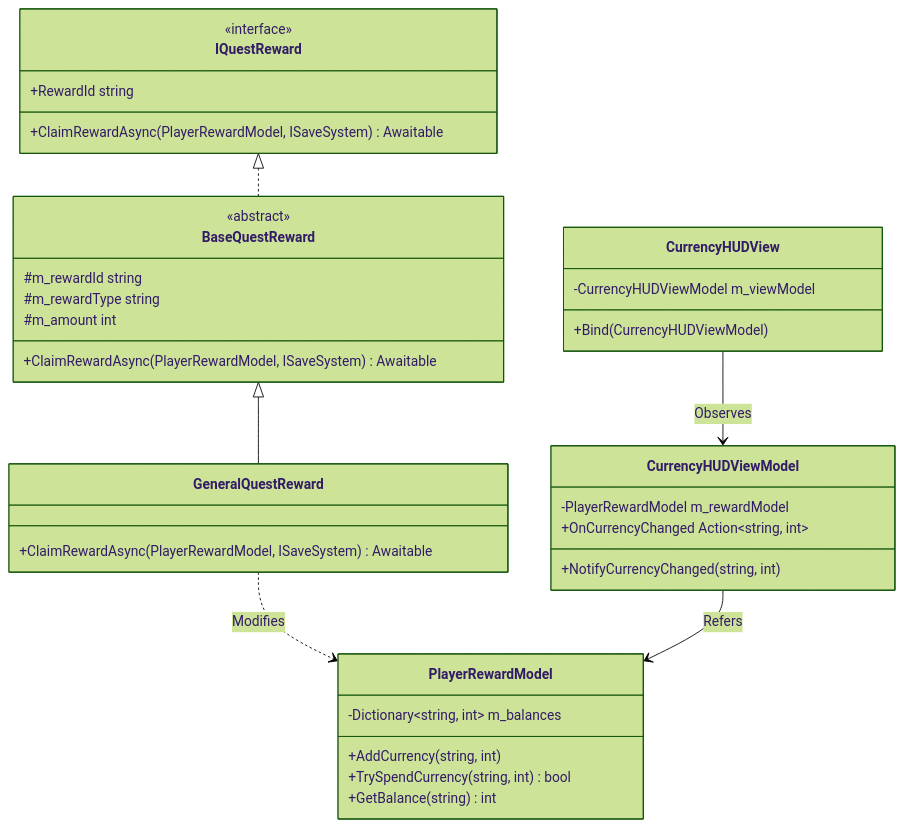
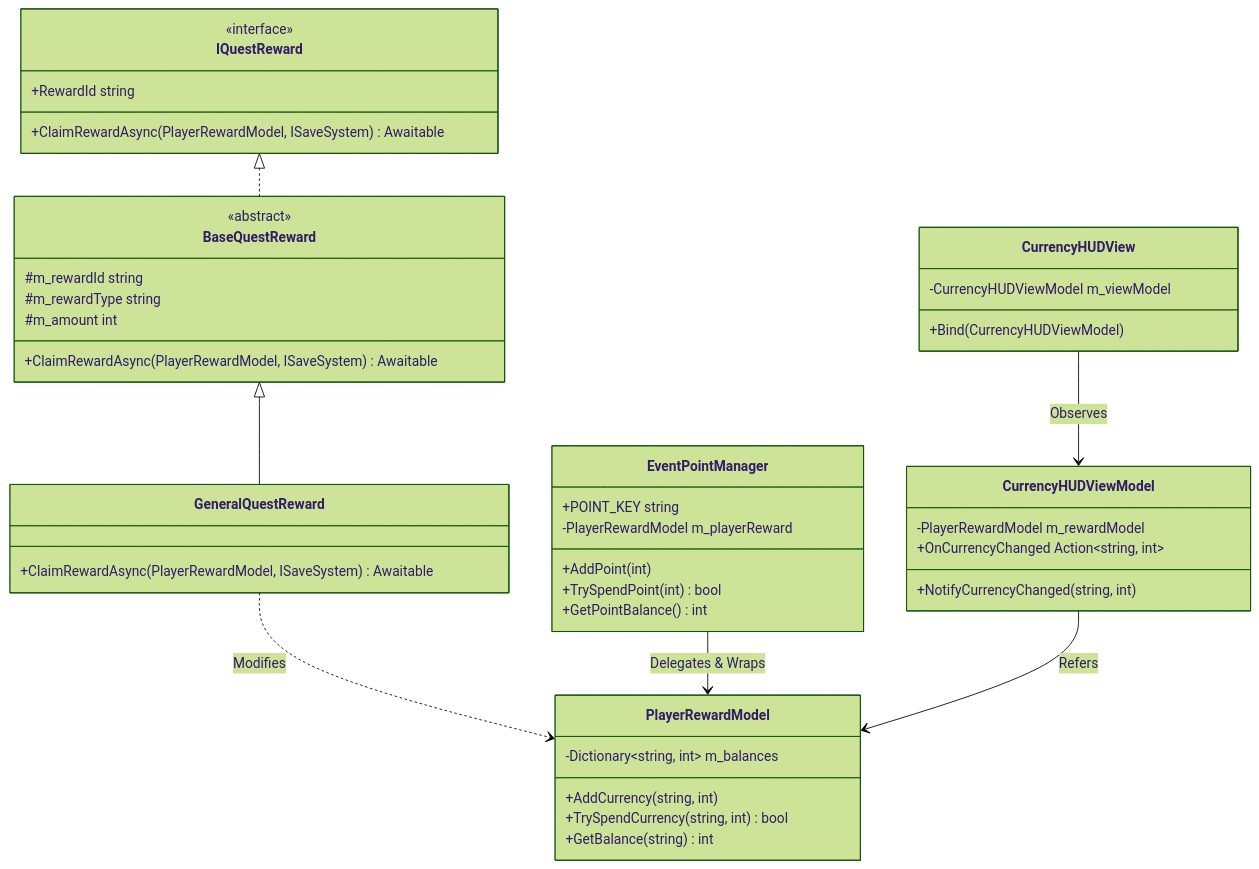
One commit to frod2793/BePex_Unity_Client changed the first of 3 diagrams in .agent/docs/functional_designs/point_system.md. Above: the diagram before and after it, drawn with Mermaid (forest theme). The commit also changed other lines of this file and 4 other files, not shown here.

Commit message:
docs: VContainer 보류 명시, Firebase 시뮬레이션 문서 교정 및 EventPointManager 도입

````diff
--- a/.agent/docs/functional_designs/point_system.md
+++ b/.agent/docs/functional_designs/point_system.md
@@ -17,44 +17,53 @@
 ```mermaid
 classDiagram
     class IQuestReward {
         <<interface>>
         +RewardId string
         +ClaimRewardAsync(PlayerRewardModel, ISaveSystem) Awaitable
     }
 
     class BaseQuestReward {
         <<abstract>>
         #m_rewardId string
         #m_rewardType string
         #m_amount int
         +ClaimRewardAsync(PlayerRewardModel, ISaveSystem) Awaitable
     }
 
     class GeneralQuestReward {
         +ClaimRewardAsync(PlayerRewardModel, ISaveSystem) Awaitable
     }
 
     class PlayerRewardModel {
         -Dictionary~string, int~ m_balances
         +AddCurrency(string, int)
         +TrySpendCurrency(string, int) bool
         +GetBalance(string) int
     }
 
+    class EventPointManager {
+        +POINT_KEY string
+        -PlayerRewardModel m_playerReward
+        +AddPoint(int)
+        +TrySpendPoint(int) bool
+        +GetPointBalance() int
+    }
+
     class CurrencyHUDViewModel {
         -PlayerRewardModel m_rewardModel
         +OnCurrencyChanged Action~string, int~
         +NotifyCurrencyChanged(string, int)
     }
 
     class CurrencyHUDView {
         -CurrencyHUDViewModel m_viewModel
         +Bind(CurrencyHUDViewModel)
     }
 
     IQuestReward <|.. BaseQuestReward
     BaseQuestReward <|-- GeneralQuestReward
     GeneralQuestReward ..> PlayerRewardModel : Modifies
+    EventPointManager --> PlayerRewardModel : Delegates & Wraps
     CurrencyHUDViewModel --> PlayerRewardModel : Refers
     CurrencyHUDView --> CurrencyHUDViewModel : Observes
 ```
````
